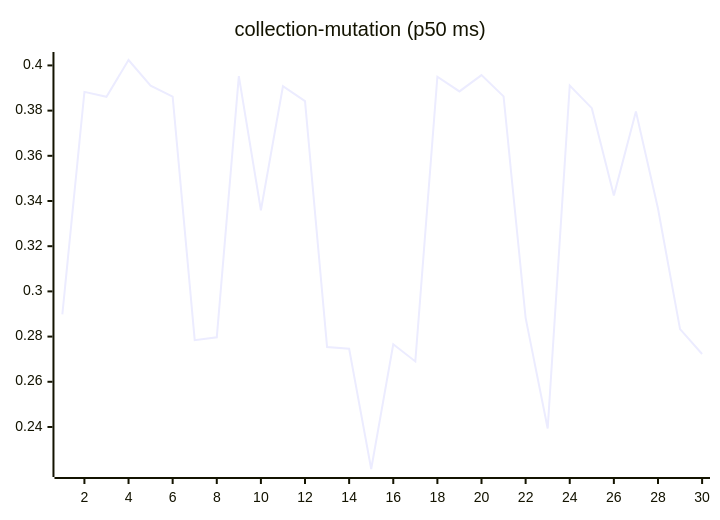
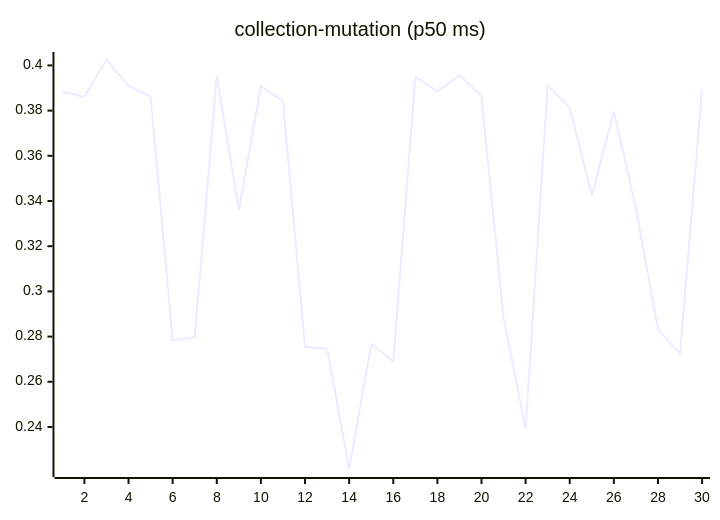
The sixth of 27 diagrams in README.md (josha/Facet), drawn with Mermaid before and after one commit. The commit also changed other lines of this file and 2 other files, not shown here.

````diff
--- a/README.md
+++ b/README.md
@@ -98,6 +98,6 @@
 ```mermaid
 xychart-beta
     title "collection-mutation (p50 ms)"
     x-axis 1 --> 30
-    line [0.2898, 0.3883, 0.3861, 0.4024, 0.3910, 0.3862, 0.2784, 0.2797, 0.3953, 0.3359, 0.3908, 0.3842, 0.2754, 0.2746, 0.2214, 0.2766, 0.2690, 0.3950, 0.3885, 0.3957, 0.3863, 0.2883, 0.2393, 0.3911, 0.3811, 0.3424, 0.3796, 0.3367, 0.2833, 0.2723]
+    line [0.3883, 0.3861, 0.4024, 0.3910, 0.3862, 0.2784, 0.2797, 0.3953, 0.3359, 0.3908, 0.3842, 0.2754, 0.2746, 0.2214, 0.2766, 0.2690, 0.3950, 0.3885, 0.3957, 0.3863, 0.2883, 0.2393, 0.3911, 0.3811, 0.3424, 0.3796, 0.3367, 0.2833, 0.2723, 0.3895]
 ```
````
